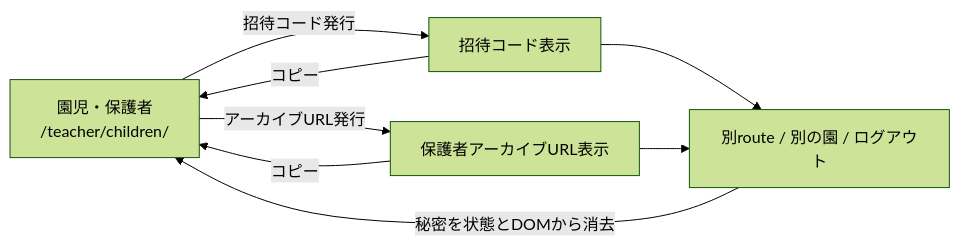
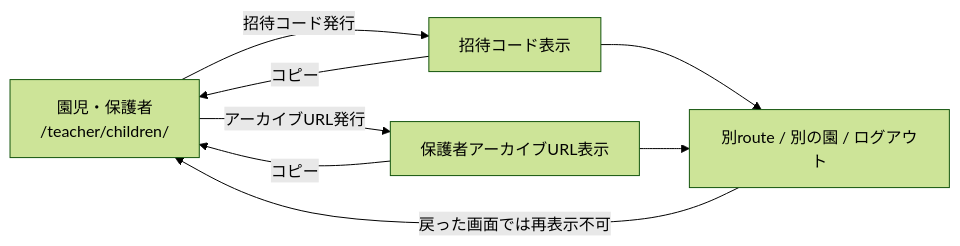
Before and after one commit to fuji0567/small-step: the fifth of 6 diagrams in docs/transition.md, drawn with Mermaid (forest theme). The commit also changed other lines of this file and 25 other files, not shown here.

````diff
--- a/docs/transition.md
+++ b/docs/transition.md
@@ -207,15 +206,15 @@
 ```mermaid
 flowchart LR
     LIST["園児・保護者<br/>/teacher/children/"]
     INVITE["招待コード表示"]
     ARCHIVE["保護者アーカイブURL表示"]
     OTHER["別route / 別の園 / ログアウト"]
 
     LIST -->|"招待コード発行"| INVITE
     LIST -->|"アーカイブURL発行"| ARCHIVE
     INVITE -->|"コピー"| LIST
     ARCHIVE -->|"コピー"| LIST
     INVITE --> OTHER
     ARCHIVE --> OTHER
-    OTHER -->|"秘密を状態とDOMから消去"| LIST
+    OTHER -->|"戻った画面では再表示不可"| LIST
 ```
````
